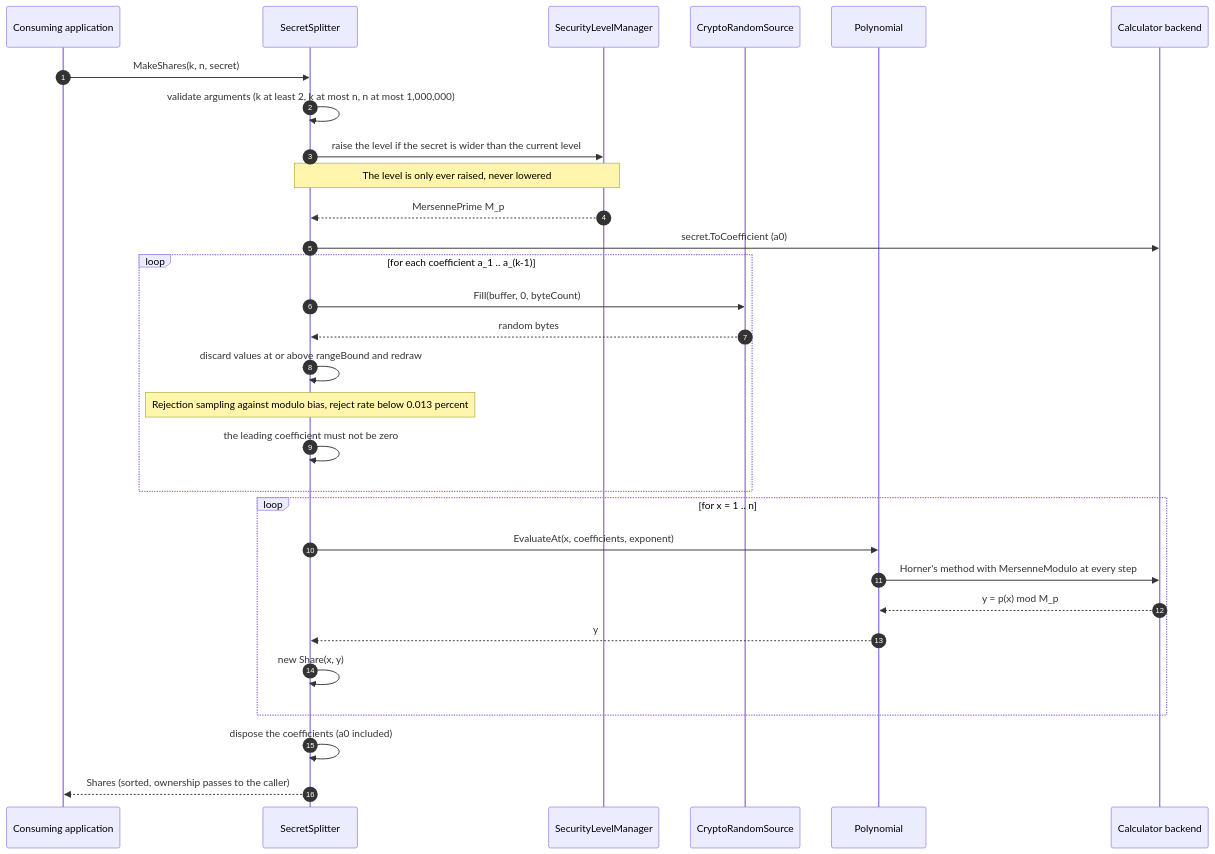
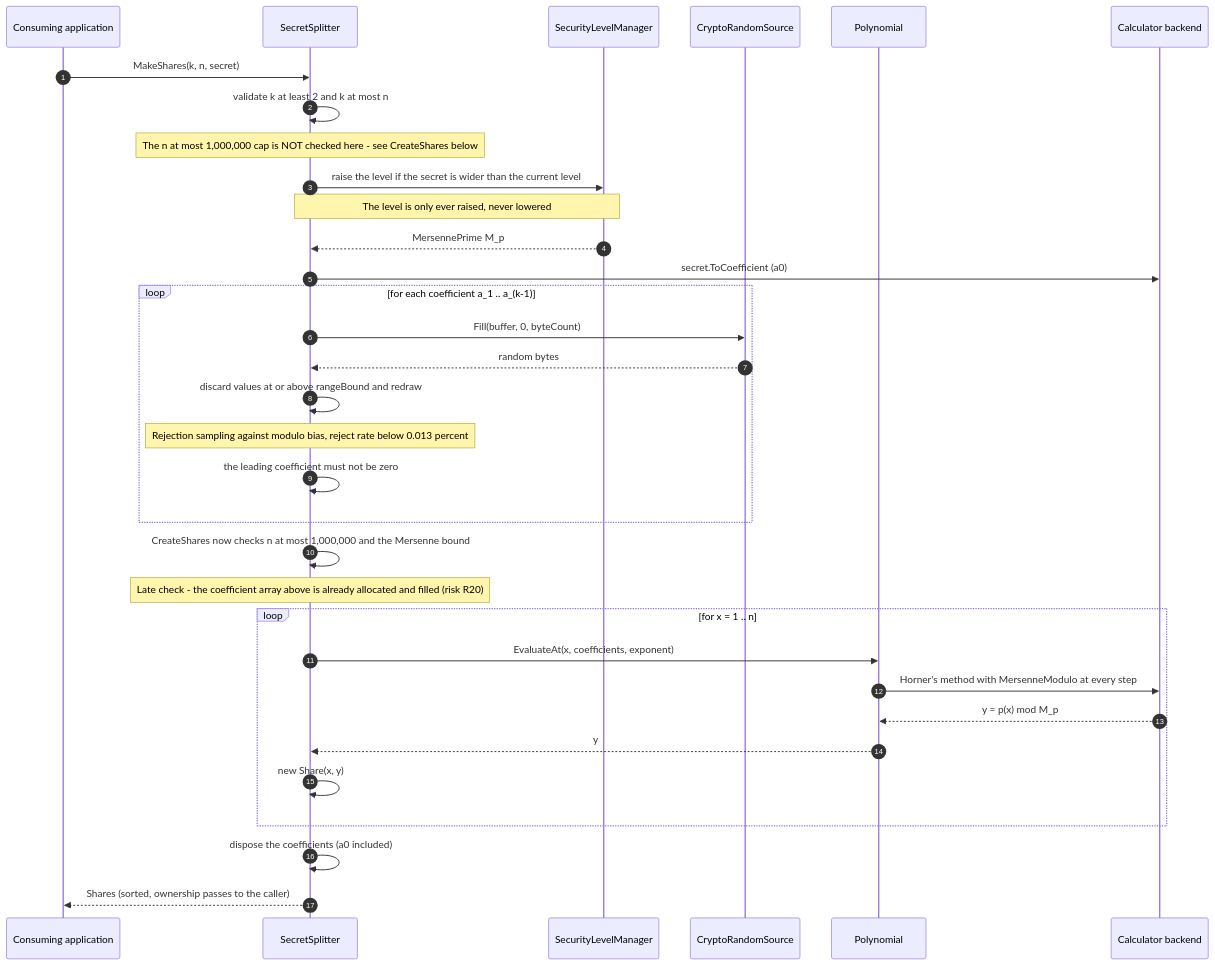
The sixth of 10 diagrams in docs/architecture/arc42.en.md (shinji-san/SecretSharingDotNet), drawn with Mermaid before and after one commit. The commit also changed other lines of this file and 1 other file, not shown here.

````diff
--- a/docs/architecture/arc42.en.md
+++ b/docs/architecture/arc42.en.md
@@ -414,33 +420,36 @@
 ```mermaid
 sequenceDiagram
     autonumber
     participant App as Consuming application
     participant Split as SecretSplitter
     participant SLM as SecurityLevelManager
     participant RNG as CryptoRandomSource
     participant Poly as Polynomial
     participant Calc as Calculator backend
 
     App->>Split: MakeShares(k, n, secret)
-    Split->>Split: validate arguments (k at least 2, k at most n, n at most 1,000,000)
+    Split->>Split: validate k at least 2 and k at most n
+    Note over Split: The n at most 1,000,000 cap is NOT checked here - see CreateShares below
     Split->>SLM: raise the level if the secret is wider than the current level
     Note over Split,SLM: The level is only ever raised, never lowered
     SLM-->>Split: MersennePrime M_p
     Split->>Calc: secret.ToCoefficient  (a0)
     loop for each coefficient a_1 .. a_(k-1)
         Split->>RNG: Fill(buffer, 0, byteCount)
         RNG-->>Split: random bytes
         Split->>Split: discard values at or above rangeBound and redraw
         Note over Split: Rejection sampling against modulo bias, reject rate below 0.013 percent
         Split->>Split: the leading coefficient must not be zero
     end
+    Split->>Split: CreateShares now checks n at most 1,000,000 and the Mersenne bound
+    Note over Split: Late check - the coefficient array above is already allocated and filled (risk R20)
     loop for x = 1 .. n
         Split->>Poly: EvaluateAt(x, coefficients, exponent)
         Poly->>Calc: Horner's method with MersenneModulo at every step
         Calc-->>Poly: y = p(x) mod M_p
         Poly-->>Split: y
         Split->>Split: new Share(x, y)
     end
     Split->>Split: dispose the coefficients (a0 included)
     Split-->>App: Shares (sorted, ownership passes to the caller)
 ```
````
